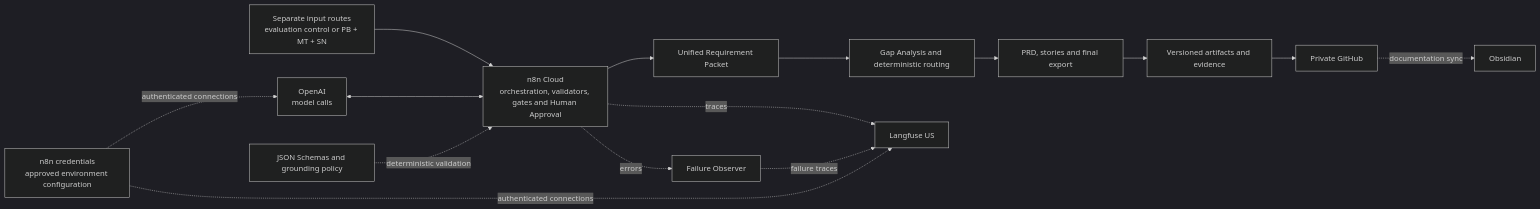
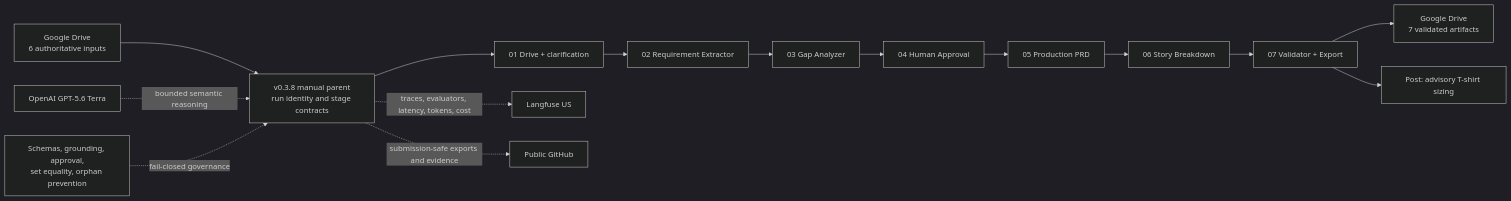
Before and after one commit to vppuri-vjra/prd-genie: the diagram in docs/architecture/ARCHITECTURE_DESIGN.md, drawn with Mermaid (dark theme). The commit also changed other lines of this file and 9 other files, not shown here.

Commit message:
Finalize v0.3.8 governing architecture documents

````diff
--- a/docs/architecture/ARCHITECTURE_DESIGN.md
+++ b/docs/architecture/ARCHITECTURE_DESIGN.md
@@ -38,13 +36,11 @@
 ```mermaid
 flowchart LR
-    I["Separate input routes<br/>evaluation control or PB + MT + SN"] --> N["n8n Cloud<br/>orchestration, validators, gates and Human Approval"]
-    N --> U["Unified Requirement Packet"] --> G["Gap Analysis and deterministic routing"]
-    G --> D["PRD, stories and final export"]
-    O["OpenAI<br/>model calls"] <--> N
-    N -. "traces" .-> L["Langfuse US"]
-    S["JSON Schemas and grounding policy"] -. "deterministic validation" .-> N
-    C["n8n credentials<br/>approved environment configuration"] -. "authenticated connections" .-> O
-    C -. "authenticated connections" .-> L
-    N -. "errors" .-> F["Failure Observer"] -. "failure traces" .-> L
-    D --> A["Versioned artifacts and evidence"] --> H["Private GitHub"] -. "documentation sync" .-> B["Obsidian"]
+    I["Google Drive<br/>6 authoritative inputs"] --> P["v0.3.8 manual parent<br/>run identity and stage contracts"]
+    P --> D1["01 Drive + clarification"] --> D2["02 Requirement Extractor"] --> D3["03 Gap Analyzer"] --> D4["04 Human Approval"]
+    D4 --> D5["05 Production PRD"] --> D6["06 Story Breakdown"] --> D7["07 Validator + Export"] --> O["Google Drive<br/>7 validated artifacts"]
+    D7 --> S["Post: advisory T-shirt sizing"]
+    AI["OpenAI GPT-5.6 Terra"] -. "bounded semantic reasoning" .-> P
+    P -. "traces, evaluators, latency, tokens, cost" .-> L["Langfuse US"]
+    G["Schemas, grounding, approval,<br/>set equality, orphan prevention"] -. "fail-closed governance" .-> P
+    P -. "submission-safe exports and evidence" .-> H["Public GitHub"]
 ```
````
